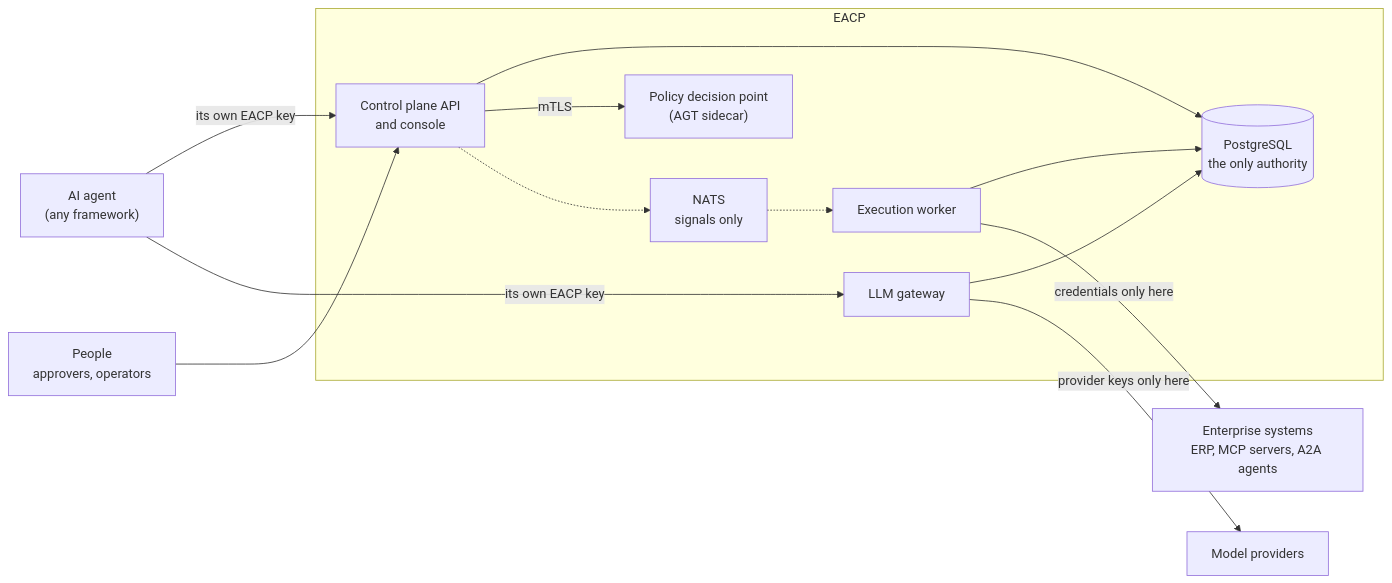
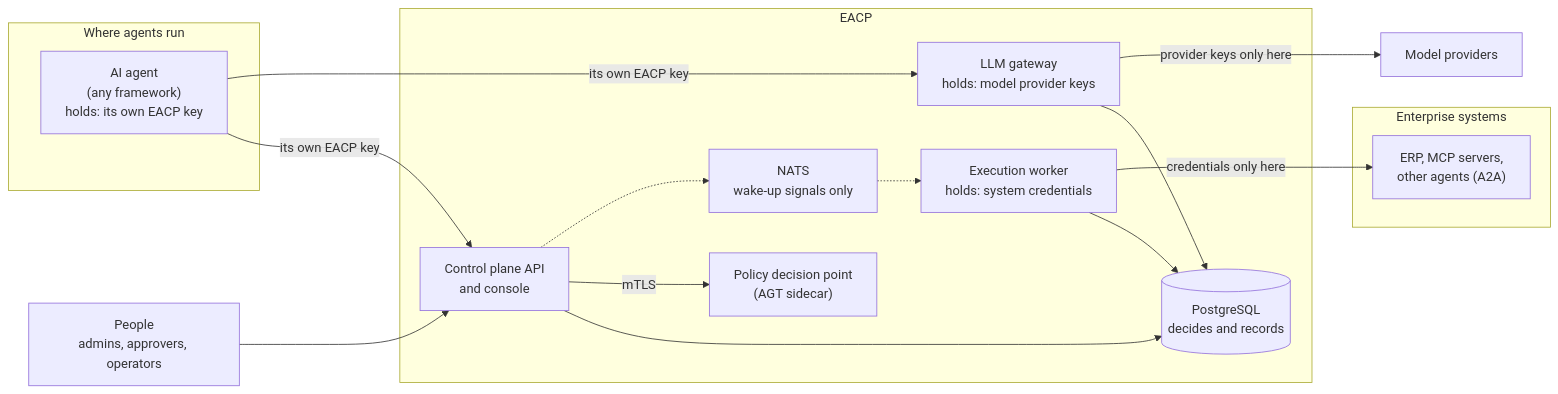
Before and after one commit to atipongsena/eacp: the second of 4 diagrams in README.md, drawn with Mermaid. The commit also changed other lines of this file and 7 other files, not shown here.

First line of the commit message:
docs: diagrams that explain the system, a natural Thai README, and a user guide

````diff
--- a/README.md
+++ b/README.md
@@ -53,26 +75,30 @@
 ```mermaid
 flowchart LR
-  agent["AI agent<br/>(any framework)"]
-  people["People<br/>approvers, operators"]
+  subgraph agents["Where agents run"]
+    agent["AI agent<br/>(any framework)<br/>holds: its own EACP key"]
+  end
+  people["People<br/>admins, approvers, operators"]
   subgraph eacp["EACP"]
     api["Control plane API<br/>and console"]
-    gateway["LLM gateway"]
-    worker["Execution worker"]
-    pg[("PostgreSQL<br/>the only authority")]
+    gateway["LLM gateway<br/>holds: model provider keys"]
     pdp["Policy decision point<br/>(AGT sidecar)"]
-    nats["NATS<br/>signals only"]
+    pg[("PostgreSQL<br/>decides and records")]
+    worker["Execution worker<br/>holds: system credentials"]
+    nats["NATS<br/>wake-up signals only"]
   end
-  erp["Enterprise systems<br/>ERP, MCP servers, A2A agents"]
+  subgraph systems["Enterprise systems"]
+    erp["ERP, MCP servers,<br/>other agents (A2A)"]
+  end
   llm["Model providers"]
   agent -->|"its own EACP key"| api
   agent -->|"its own EACP key"| gateway
   people --> api
   api --> pg
   api -->|"mTLS"| pdp
   gateway --> pg
   worker --> pg
   api -.-> nats
   nats -.-> worker
-  worker -->|"credentials only here"| erp
-  gateway -->|"provider keys only here"| llm
+  worker --->|"credentials only here"| erp
+  gateway --->|"provider keys only here"| llm
 ```
````
